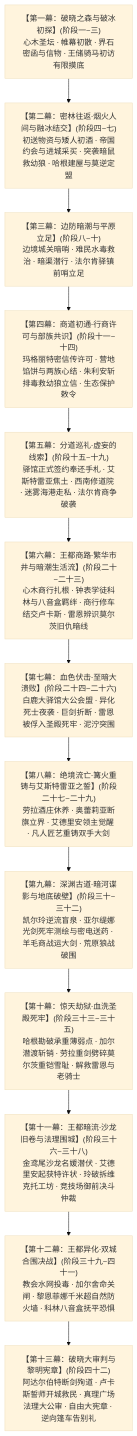
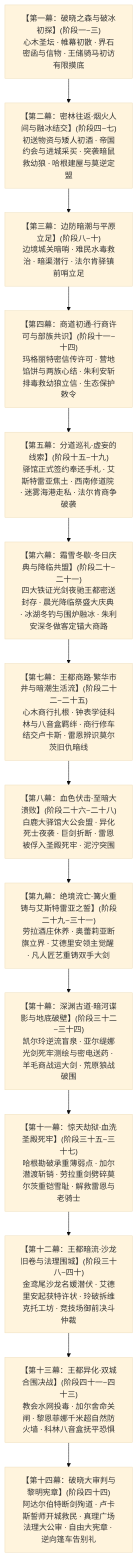
The diagram in .agents/checkpoint.md (soranokiseki1437/eldoria-worldbook), drawn with Mermaid (base theme) before and after one commit. The commit also changed other lines of this file and 3 other files, not shown here.

````diff
--- a/.agents/checkpoint.md
+++ b/.agents/checkpoint.md
@@ -42,15 +42,16 @@
 ```mermaid
 graph TD
     M1["【第一幕：破晓之森与破冰初探】(阶段一~三)<br/>心木圣坛 · 帷幕初散 · 界石密函与信物 · 王储骑马初访有限摸底"] --> M2["【第二幕：密林往返·烟火人间与融冰结交】(阶段四~七)<br/>初送物资与矮人初酒 · 帝国约会与进城采买 · 突袭暗鼠救幼狼 · 哈根建屋与莫逆定盟"]
     M2 --> M3["【第三幕：边防暗潮与平原立足】(阶段八~十)<br/>边境城关暗哨 · 难民水毒救治 · 暗渠潜行 · 法尔肯驿镇前哨立足"]
     M3 --> M4["【第四幕：商道初通·行商许可与部族共识】(阶段十一~十四)<br/>玛格丽特密信传许可 · 营地馅饼与两族心结 · 朱利安斩排毒救幼狼立信 · 生态保护敕令"]
     M4 --> M5["【第五幕：分道巡礼·虚妄的线索】(阶段十五~十九)<br/>驿馆正式签约奉还手札 · 艾斯特雷亚焦土 · 西南修道院 · 迷雾海港走私 · 法尔肯商争破袭"]
-    M5 --> M6["【第六幕：王都商路·繁华市井与暗潮生活流】(阶段二十~二十三)<br/>心木商行扎根 · 钟表学徒科林与八音盒羁绊 · 商行修车结交卢卡斯 · 雷恩辨识莫尔茨旧仇暗线"]
-    M6 --> M7["【第七幕：血色伏击·至暗大溃败】(阶段二十四~二十六)<br/>白鹿大驿馆大公会盟 · 异化死士夜袭 · 巨剑折断 · 雷恩被俘入圣殿死牢 · 泥泞突围"]
-    M7 --> M8["【第八幕：绝境流亡·篝火重铸与艾斯特雷亚之誓】(阶段二十七~二十九)<br/>劳拉酒庄休养 · 奥蕾莉亚断旗立界 · 艾德里安领主觉醒 · 凡人匠艺重铸双手大剑"]
-    M8 --> M9["【第九幕：深渊古道·暗河谍影与地底破壁】(阶段三十~三十二)<br/>凯尔玲逆流盲泉 · 亚尔缇娜光剑死牢测绘与密电送药 · 羊毛商战运大剑 · 荒原狼战破围"]
-    M9 --> M10["【第十幕：惊天劫狱·血洗圣殿死牢】(阶段三十三~三十五)<br/>哈根勘破承重薄弱点 · 加尔潜渡斩销 · 劳拉重剑劈碎莫尔茨重铠雪耻 · 解救雷恩与老骑士"]
-    M10 --> M11["【第十一幕：王都暗流·沙龙旧卷与法理围城】(阶段三十六~三十八)<br/>金鸢尾沙龙名媛潜伏 · 艾德里安起获特许状 · 玲破拆维克托工坊 · 竞技场御前决斗仲裁"]
-    M11 --> M12["【第十二幕：王都异化·双城合围决战】(阶段三十九~四十一)<br/>教会水网投毒 · 加尔舍命关闸 · 黎恩菲娜千米超自然防火墙 · 科林八音盒抚平恐惧"]
-    M12 --> M13["【第十三幕：破晓大审判与黎明宪章】(阶段四十二)<br/>阿达尔伯特断剑殉道 · 卢卡斯誓师开城救民 · 真理广场法理大公审 · 自由大宪章 · 逆向篷车告别礼"]
+    M5 --> M6["【第六幕：霜雪冬歇·冬日庆典与降临共盟】(阶段二十~二十一)<br/>四大铁证光剑夜驰王都密送封存 · 晨光降临祭盛大庆典 · 冰湖冬钓与围炉融冰 · 朱利安深冬做客定锚大商路"]
+    M6 --> M7["【第七幕：王都商路·繁华市井与暗潮生活流】(阶段二十二~二十五)<br/>心木商行扎根 · 钟表学徒科林与八音盒羁绊 · 商行修车结交卢卡斯 · 雷恩辨识莫尔茨旧仇暗线"]
+    M7 --> M8["【第八幕：血色伏击·至暗大溃败】(阶段二十六~二十八)<br/>白鹿大驿馆大公会盟 · 异化死士夜袭 · 巨剑折断 · 雷恩被俘入圣殿死牢 · 泥泞突围"]
+    M8 --> M9["【第九幕：绝境流亡·篝火重铸与艾斯特雷亚之誓】(阶段二十九~三十一)<br/>劳拉酒庄休养 · 奥蕾莉亚断旗立界 · 艾德里安领主觉醒 · 凡人匠艺重铸双手大剑"]
+    M9 --> M10["【第十幕：深渊古道·暗河谍影与地底破壁】(阶段三十二~三十四)<br/>凯尔玲逆流盲泉 · 亚尔缇娜光剑死牢测绘与密电送药 · 羊毛商战运大剑 · 荒原狼战破围"]
+    M10 --> M11["【第十一幕：惊天劫狱·血洗圣殿死牢】(阶段三十五~三十七)<br/>哈根勘破承重薄弱点 · 加尔潜渡斩销 · 劳拉重剑劈碎莫尔茨重铠雪耻 · 解救雷恩与老骑士"]
+    M11 --> M12["【第十二幕：王都暗流·沙龙旧卷与法理围城】(阶段三十八~四十)<br/>金鸢尾沙龙名媛潜伏 · 艾德里安起获特许状 · 玲破拆维克托工坊 · 竞技场御前决斗仲裁"]
+    M12 --> M13["【第十三幕：王都异化·双城合围决战】(阶段四十一~四十三)<br/>教会水网投毒 · 加尔舍命关闸 · 黎恩菲娜千米超自然防火墙 · 科林八音盒抚平恐惧"]
+    M13 --> M14["【第十四幕：破晓大审判与黎明宪章】(阶段四十四)<br/>阿达尔伯特断剑殉道 · 卢卡斯誓师开城救民 · 真理广场法理大公审 · 自由大宪章 · 逆向篷车告别礼"]
 ```
````
